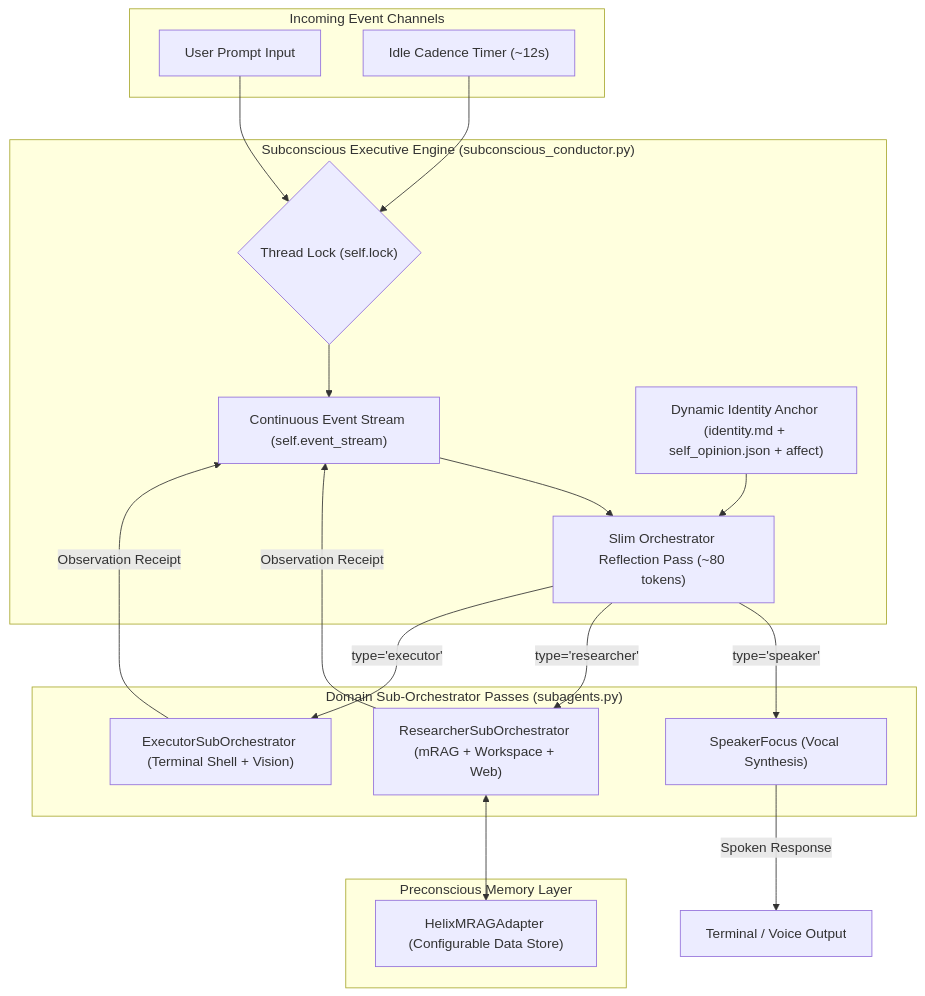
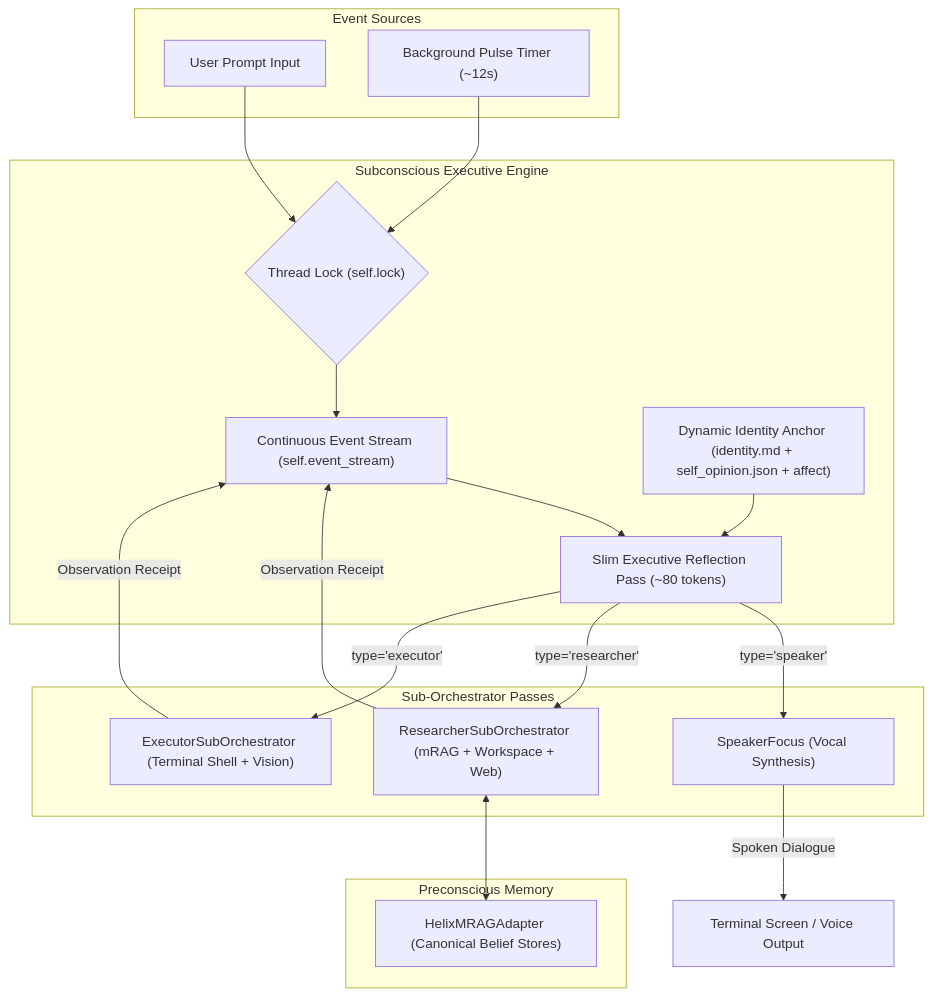
Before and after one commit to munch2u-a11y/Helix-AGI: the first of 2 diagrams in Over_Agent_Design/README.md, drawn with Mermaid. The commit also changed other lines of this file and 9 other files, not shown here.

````diff
--- a/Over_Agent_Design/README.md
+++ b/Over_Agent_Design/README.md
@@ -59,37 +60,37 @@
 ```mermaid
 flowchart TD
-    subgraph Inputs ["Incoming Event Channels"]
+    subgraph Inputs ["Event Sources"]
         U["User Prompt Input"]
-        T["Idle Cadence Timer (~12s)"]
+        T["Background Pulse Timer (~12s)"]
     end
 
-    subgraph Conductor ["Subconscious Executive Engine (subconscious_conductor.py)"]
+    subgraph Conductor ["Subconscious Executive Engine"]
         S["Continuous Event Stream (self.event_stream)"]
         A["Dynamic Identity Anchor (identity.md + self_opinion.json + affect)"]
-        E["Slim Orchestrator Reflection Pass (~80 tokens)"]
+        E["Slim Executive Reflection Pass (~80 tokens)"]
         L{"Thread Lock (self.lock)"}
     end
 
-    subgraph SubOrchestrators ["Domain Sub-Orchestrator Passes (subagents.py)"]
+    subgraph SubOrchestrators ["Sub-Orchestrator Passes"]
         SP["SpeakerFocus (Vocal Synthesis)"]
         RE["ResearcherSubOrchestrator (mRAG + Workspace + Web)"]
         EX["ExecutorSubOrchestrator (Terminal Shell + Vision)"]
     end
 
-    subgraph Memory ["Preconscious Memory Layer"]
-        M["HelixMRAGAdapter (Configurable Data Store)"]
+    subgraph Memory ["Preconscious Memory"]
+        M["HelixMRAGAdapter (Canonical Belief Stores)"]
     end
 
     U --> L
     T --> L
     L --> S
     A --> E
     S --> E
     E -->|type='speaker'| SP
     E -->|type='researcher'| RE
     E -->|type='executor'| EX
     RE <--> M
     RE -->|Observation Receipt| S
     EX -->|Observation Receipt| S
-    SP -->|Spoken Response| Out["Terminal / Voice Output"]
+    SP -->|Spoken Dialogue| Out["Terminal Screen / Voice Output"]
 ```
````
